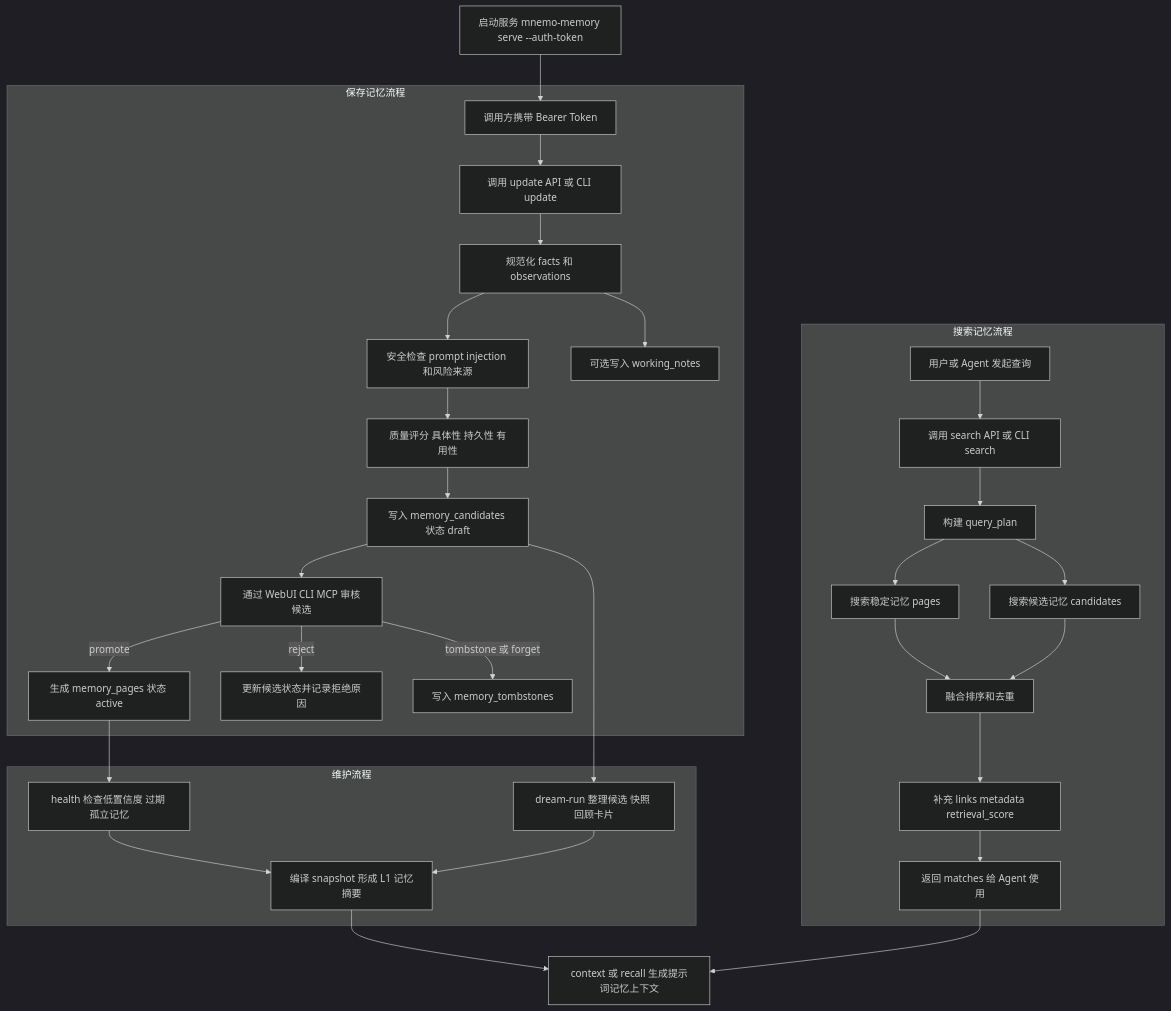
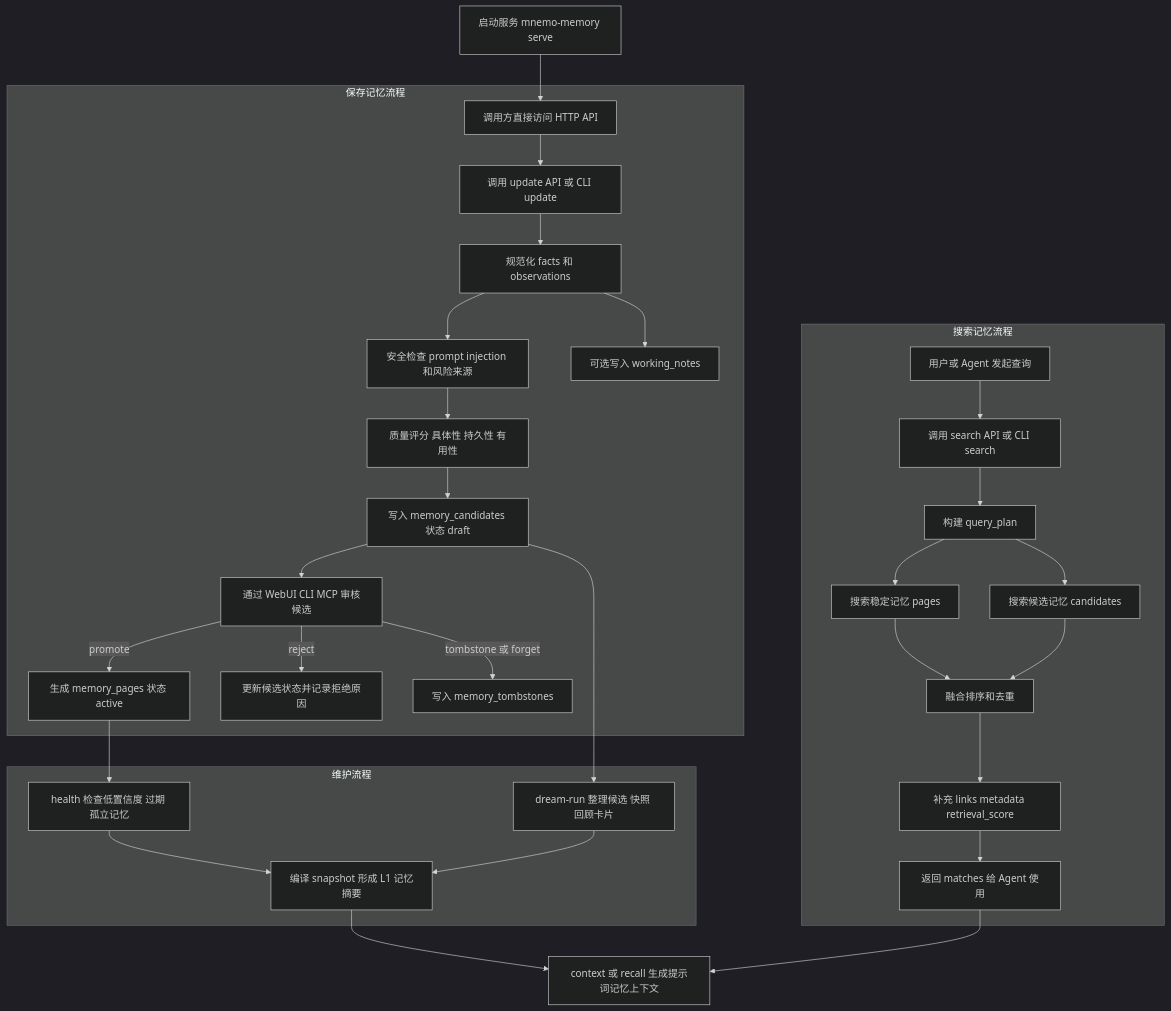
One commit to Ender-Zhang/Mnemo changed the second of 3 diagrams in README.md. Above: the diagram before and after it, drawn with Mermaid (dark theme). The commit also changed other lines of this file and 11 other files, not shown here.

````diff
--- a/README.md
+++ b/README.md
@@ -138,38 +132,38 @@
 ```mermaid
 flowchart TD
-    S["启动服务 mnemo-memory serve --auth-token"] --> A["调用方携带 Bearer Token"]
+    S["启动服务 mnemo-memory serve"] --> A["调用方直接访问 HTTP API"]
 
     subgraph W["保存记忆流程"]
         A --> U["调用 update API 或 CLI update"]
         U --> N["规范化 facts 和 observations"]
         N --> SF["安全检查 prompt injection 和风险来源"]
         SF --> Q["质量评分 具体性 持久性 有用性"]
         Q --> C["写入 memory_candidates 状态 draft"]
         N --> O["可选写入 working_notes"]
         C --> R["通过 WebUI CLI MCP 审核候选"]
         R -->|promote| P["生成 memory_pages 状态 active"]
         R -->|reject| RJ["更新候选状态并记录拒绝原因"]
         R -->|tombstone 或 forget| T["写入 memory_tombstones"]
     end
 
     subgraph M["维护流程"]
         P --> H["health 检查低置信度 过期 孤立记忆"]
         C --> D["dream-run 整理候选 快照 回顾卡片"]
         H --> SS["编译 snapshot 形成 L1 记忆摘要"]
         D --> SS
     end
 
     subgraph RQ["搜索记忆流程"]
         IN["用户或 Agent 发起查询"] --> SE["调用 search API 或 CLI search"]
         SE --> PL["构建 query_plan"]
         PL --> SP["搜索稳定记忆 pages"]
         PL --> SC["搜索候选记忆 candidates"]
         SP --> RK["融合排序和去重"]
         SC --> RK
         RK --> LK["补充 links metadata retrieval_score"]
         LK --> OUT["返回 matches 给 Agent 使用"]
     end
 
     SS --> CT["context 或 recall 生成提示词记忆上下文"]
     OUT --> CT
 ```
````
